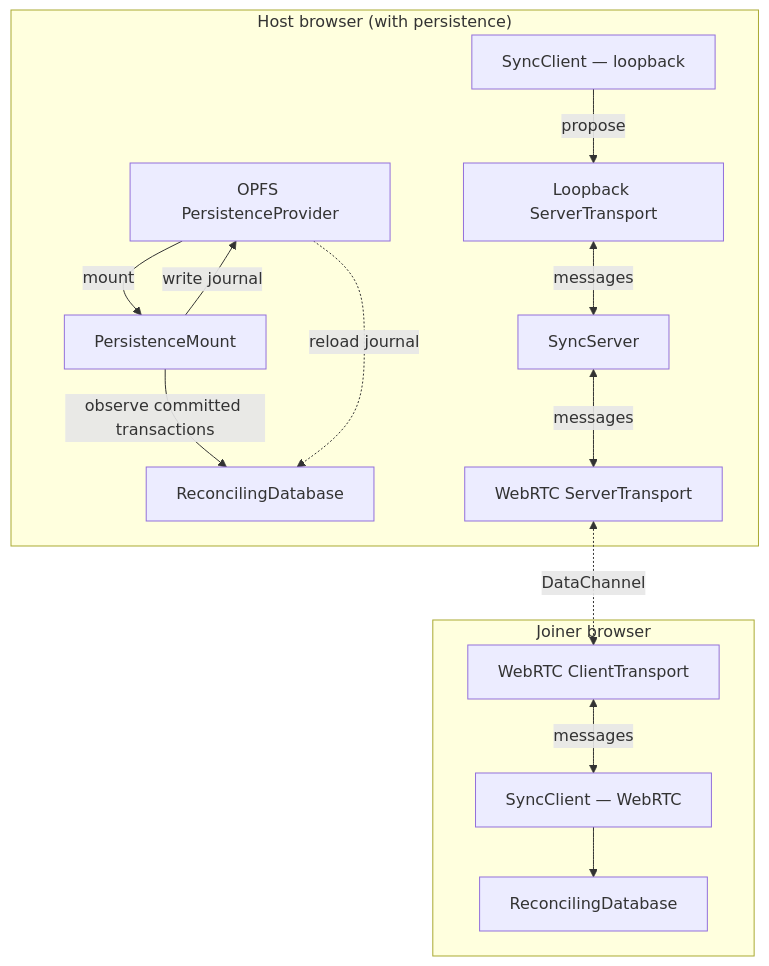
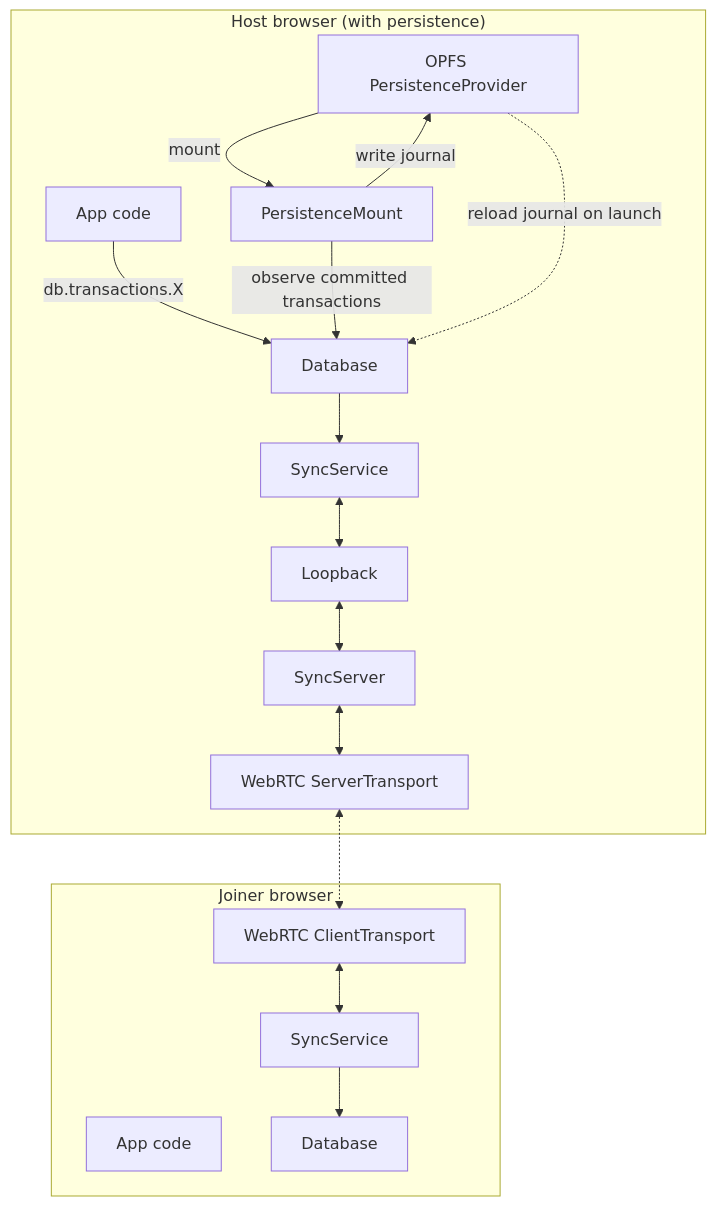
The fourth of 5 diagrams in packages/data-p2p-tictactoe/ARCHITECTURE.md (adobe/data), drawn with Mermaid before and after one commit. The commit also changed other lines of this file and 24 other files, not shown here.

````diff
--- a/packages/data-p2p-tictactoe/ARCHITECTURE.md
+++ b/packages/data-p2p-tictactoe/ARCHITECTURE.md
@@ -93,33 +146,33 @@
 ```mermaid
 graph TD
     subgraph "Host browser (with persistence)"
-        HDB[ReconcilingDatabase]
-        HSC[SyncClient — loopback]
+        HApp[App code]
+        HDB[Database]
+        HSync[SyncService]
         HSrv[SyncServer]
         HWR[WebRTC ServerTransport]
-        HLL[Loopback ServerTransport]
+        HLL[Loopback]
         HPROV[OPFS PersistenceProvider]
         HMNT[PersistenceMount]
     end
 
     subgraph "Joiner browser"
-        JDB[ReconcilingDatabase]
-        JSC[SyncClient — WebRTC]
+        JApp[App code]
+        JDB[Database]
+        JSync[SyncService]
         JWR[WebRTC ClientTransport]
     end
 
-    HSC -->|propose| HLL
-    HLL <-->|messages| HSrv
-    HSrv <-->|messages| HWR
-    HWR <-.->|DataChannel| JWR
-    JWR <-->|messages| JSC
-    JSC --> JDB
+    HApp -->|db.transactions.X| HDB
+    HDB --> HSync
+    HSync <--> HLL <--> HSrv <--> HWR
+    HWR <-.-> JWR
+    JWR <--> JSync
+    JSync --> JDB
 
     %% Persistence hooks into the committed stream
     HPROV -->|mount| HMNT
     HMNT -->|observe committed transactions| HDB
     HMNT -->|write journal| HPROV
-
-    %% On reconnect: replay journal → database
-    HPROV -.->|reload journal| HDB
+    HPROV -.->|reload journal on launch| HDB
 ```
````
